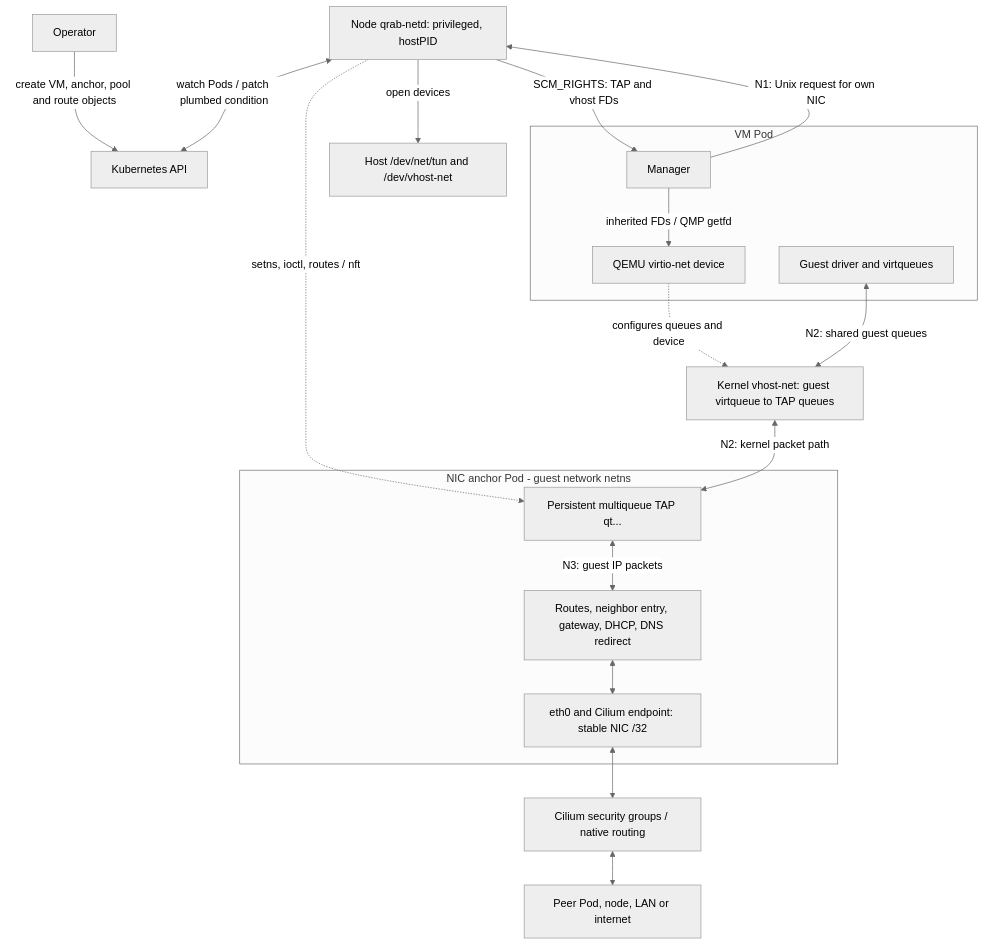
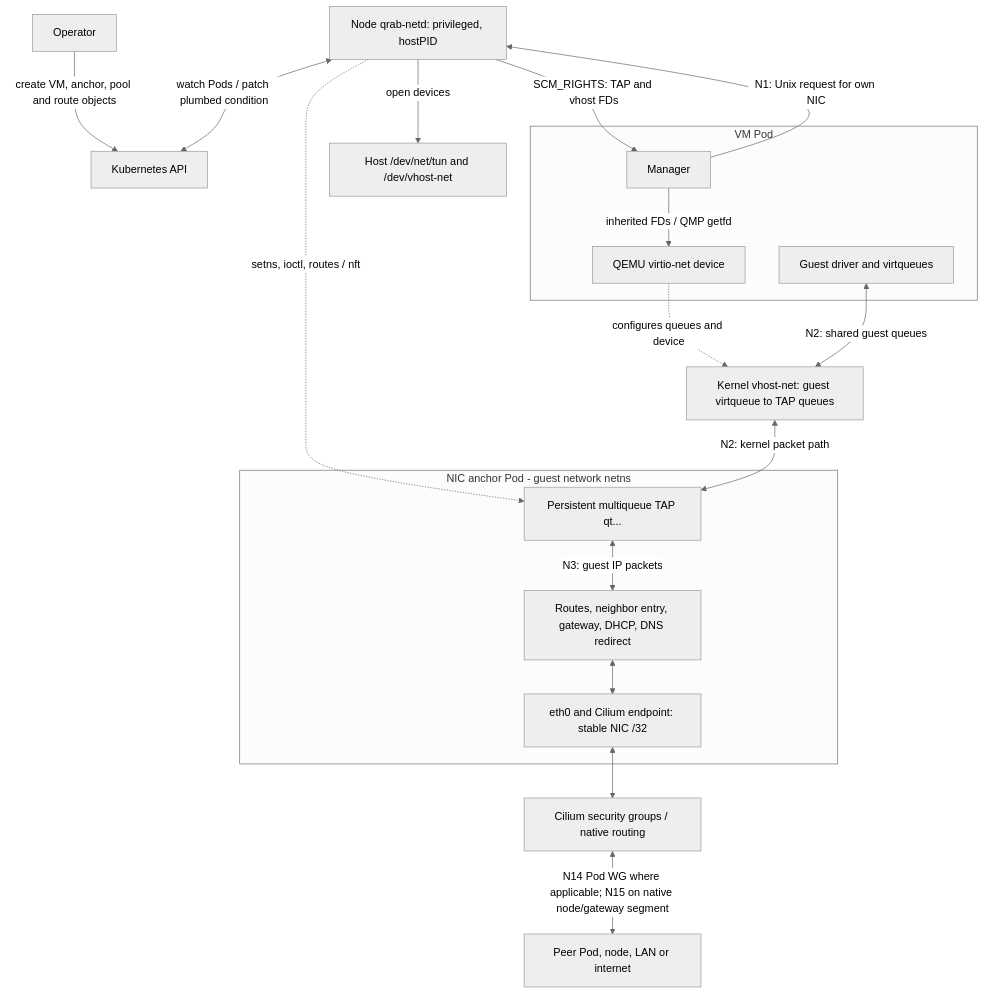
The first of 5 diagrams in docs/connections/data-paths.md (SamYaple/qrab), drawn with Mermaid (neutral theme) before and after one commit. The commit also changed other lines of this file and 11 other files, not shown here.

````diff
--- a/docs/connections/data-paths.md
+++ b/docs/connections/data-paths.md
@@ -16,34 +16,34 @@
 ```mermaid
 flowchart TB
     operator["Operator"]
     api["Kubernetes API"]
     netd["Node qrab-netd: privileged, hostPID"]
     dev["Host /dev/net/tun and /dev/vhost-net"]
     subgraph vm ["VM Pod"]
         manager["Manager"]
         qemu["QEMU virtio-net device"]
         guest["Guest driver and virtqueues"]
     end
     kernel["Kernel vhost-net: guest virtqueue to TAP queues"]
     subgraph nic ["NIC anchor Pod - guest network netns"]
         tap["Persistent multiqueue TAP qt..."]
         routes["Routes, neighbor entry, gateway, DHCP, DNS redirect"]
         eth["eth0 and Cilium endpoint: stable NIC /32"]
     end
     cilium["Cilium security groups / native routing"]
     peer["Peer Pod, node, LAN or internet"]
     operator -->|"create VM, anchor, pool and route objects"| api
     netd <-->|"watch Pods / patch plumbed condition"| api
     netd -.->|"setns, ioctl, routes / nft"| tap
     netd -->|"open devices"| dev
     manager -->|"N1: Unix request for own NIC"| netd
     netd -->|"SCM_RIGHTS: TAP and vhost FDs"| manager
     manager -->|"inherited FDs / QMP getfd"| qemu
     guest <-->|"N2: shared guest queues"| kernel
     qemu -.->|"configures queues and device"| kernel
     kernel <-->|"N2: kernel packet path"| tap
     tap <-->|"N3: guest IP packets"| routes
     routes <--> eth
     eth <--> cilium
-    cilium <--> peer
+    cilium <-->|"N14 Pod WG where applicable; N15 on native node/gateway segment"| peer
 ```
````
